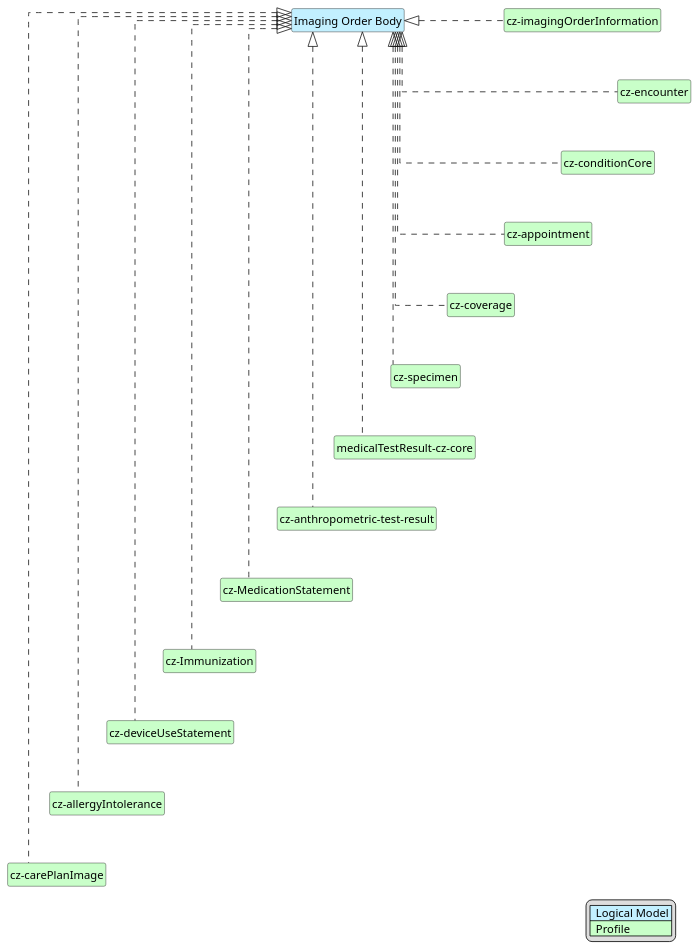
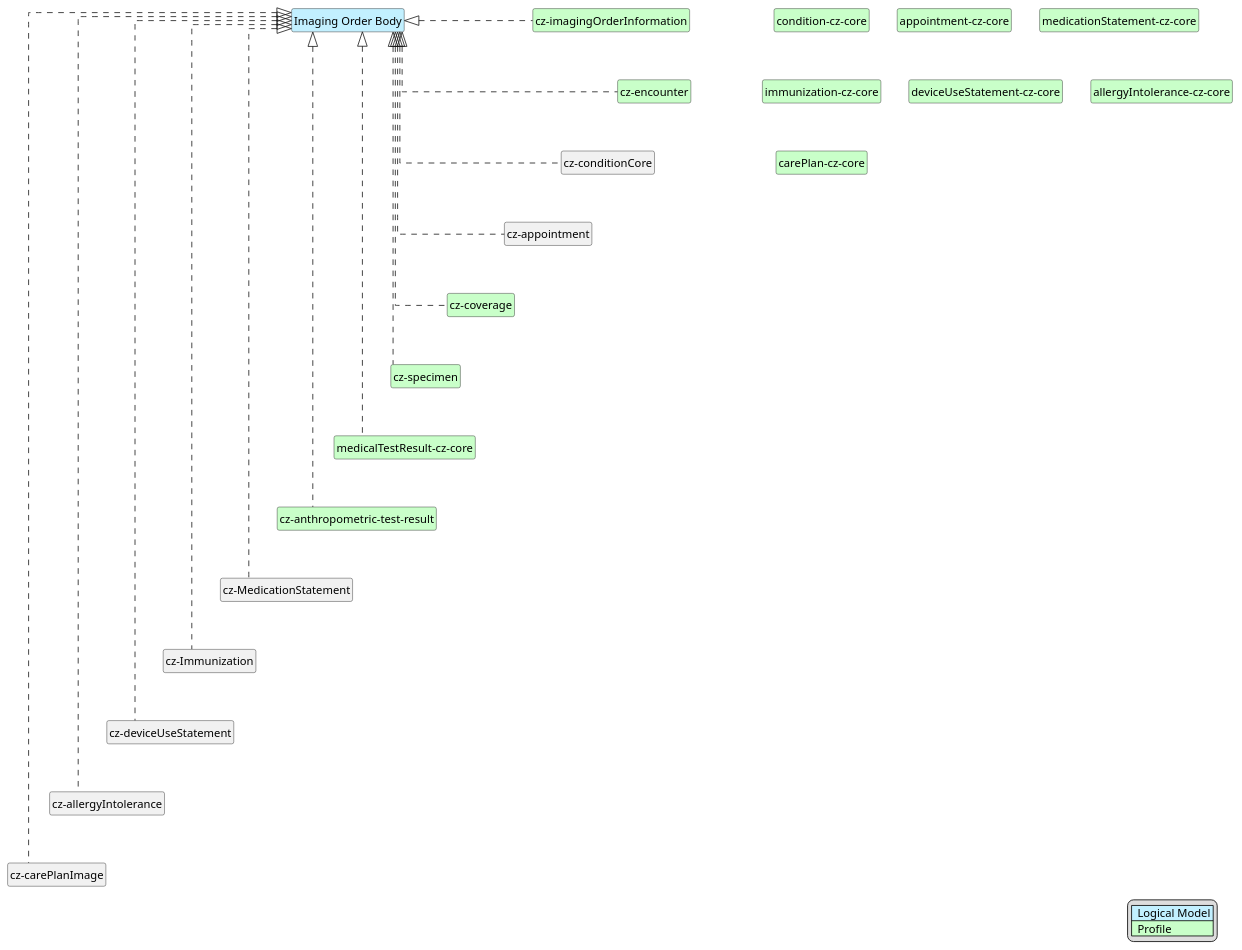
The diagram in input/images-source/imgOrderBody-map.plantuml (HL7-cz/img-order), drawn with PlantUML before and after one commit. The commit also changed 1 other file, not shown here.

Commit message:
Correction of the profile names in the body-map diagram

```diff
--- a/input/images-source/imgOrderBody-map.plantuml
+++ b/input/images-source/imgOrderBody-map.plantuml
@@ -1,58 +1,58 @@
 @startuml
 hide circle
 hide stereotype
 hide members
 hide methods
 skinparam linetype ortho
 skinparam class {
 BackgroundColor<<LogicalModel>> #APPLICATION
 BackgroundColor<<Profile>> #TECHNOLOGY
 }
 legend right
 | <#APPLICATION>  Logical Model |
 | <#TECHNOLOGY>  Profile |
 endlegend
 class "Imaging Order Body" <<LogicalModel>> [[StructureDefinition-BodyImageOrderCz.html]]
 
 class "cz-imagingOrderInformation" <<Profile>> [[StructureDefinition-cz-imagingOrderInformation.html]]
-class "cz-conditionCore" <<Profile>> [[https://hl7.cz/fhir/core/StructureDefinition-condition-cz-core.html]]
+class "condition-cz-core" <<Profile>> [[https://hl7.cz/fhir/core/StructureDefinition-condition-cz-core.html]]
 class "cz-encounter" <<Profile>> [[https://hl7.cz/fhir/core/StructureDefinition-cz-encounter.html]]
 class "cz-coverage" <<Profile>> [[https://hl7.cz/fhir/core/StructureDefinition-cz-coverage.html]]
-class "cz-appointment" <<Profile>> [[https://hl7.cz/fhir/core/StructureDefinition-appointment-cz-core.html]]
+class "appointment-cz-core" <<Profile>> [[https://hl7.cz/fhir/core/StructureDefinition-appointment-cz-core.html]]
 class "cz-specimen" <<Profile>> [[https://hl7.cz/fhir/core/StructureDefinition-cz-specimen.html]]
 class "medicalTestResult-cz-core" <<Profile>> [[https://hl7.cz/fhir/core/StructureDefinition-medicalTestResult-cz-core.html]]
 class "cz-anthropometric-test-result" <<Profile>> [[StructureDefinition-cz-anthropometric-test-result.html]]
-class "cz-MedicationStatement" <<Profile>> [[https://hl7.cz/fhir/core/StructureDefinition-medicationStatement-cz-core.html]]
-class "cz-Immunization" <<Profile>> [[https://hl7.cz/fhir/core/StructureDefinition-immunization-cz-core.html]]
-class "cz-deviceUseStatement" <<Profile>> [[https://hl7.cz/fhir/core/StructureDefinition-deviceUseStatement-cz-core.html]]
-class "cz-allergyIntolerance" <<Profile>> [[https://hl7.cz/fhir/core/StructureDefinition-allergyIntolerance-cz-core.html]]
-class "cz-carePlanImage" <<Profile>> [[https://hl7.cz/fhir/core/StructureDefinition-carePlan-cz-core.html]]
+class "medicationStatement-cz-core" <<Profile>> [[https://hl7.cz/fhir/core/StructureDefinition-medicationStatement-cz-core.html]]
+class "immunization-cz-core" <<Profile>> [[https://hl7.cz/fhir/core/StructureDefinition-immunization-cz-core.html]]
+class "deviceUseStatement-cz-core" <<Profile>> [[https://hl7.cz/fhir/core/StructureDefinition-deviceUseStatement-cz-core.html]]
+class "allergyIntolerance-cz-core" <<Profile>> [[https://hl7.cz/fhir/core/StructureDefinition-allergyIntolerance-cz-core.html]]
+class "carePlan-cz-core" <<Profile>> [[https://hl7.cz/fhir/core/StructureDefinition-carePlan-cz-core.html]]
 
 "Imaging Order Body" <|. "cz-imagingOrderInformation"
 "Imaging Order Body" <|. "cz-appointment"
 "Imaging Order Body" <|. "cz-coverage"
 "Imaging Order Body" <|. "cz-conditionCore"
 "Imaging Order Body" <|. "cz-encounter"
 "Imaging Order Body" <|. "cz-specimen"
 "Imaging Order Body" <|. "medicalTestResult-cz-core"
 "Imaging Order Body" <|. "cz-anthropometric-test-result"
 "Imaging Order Body" <|. "cz-MedicationStatement"
 "Imaging Order Body" <|. "cz-Immunization"
 "Imaging Order Body" <|. "cz-deviceUseStatement"
 "Imaging Order Body" <|. "cz-allergyIntolerance"
 "Imaging Order Body" <|. "cz-carePlanImage"
 
 "cz-imagingOrderInformation" -d[hidden]-> "cz-encounter"
 "cz-encounter" -d[hidden]-> "cz-conditionCore"
 "cz-conditionCore" -d[hidden]-> "cz-appointment"
 "cz-appointment" -d[hidden]-> "cz-coverage"
 "cz-coverage" -d[hidden]-> "cz-specimen"
 "cz-specimen" -d[hidden]-> "medicalTestResult-cz-core"
 "medicalTestResult-cz-core" -d[hidden]-> "cz-anthropometric-test-result"
 "cz-anthropometric-test-result" -d[hidden]-> "cz-MedicationStatement"
 "cz-MedicationStatement" -d[hidden]-> "cz-Immunization"
 "cz-Immunization" -d[hidden]-> "cz-deviceUseStatement"
 "cz-deviceUseStatement" -d[hidden]-> "cz-allergyIntolerance"
 "cz-allergyIntolerance" -d[hidden]-> "cz-carePlanImage"
 
 @enduml
```
